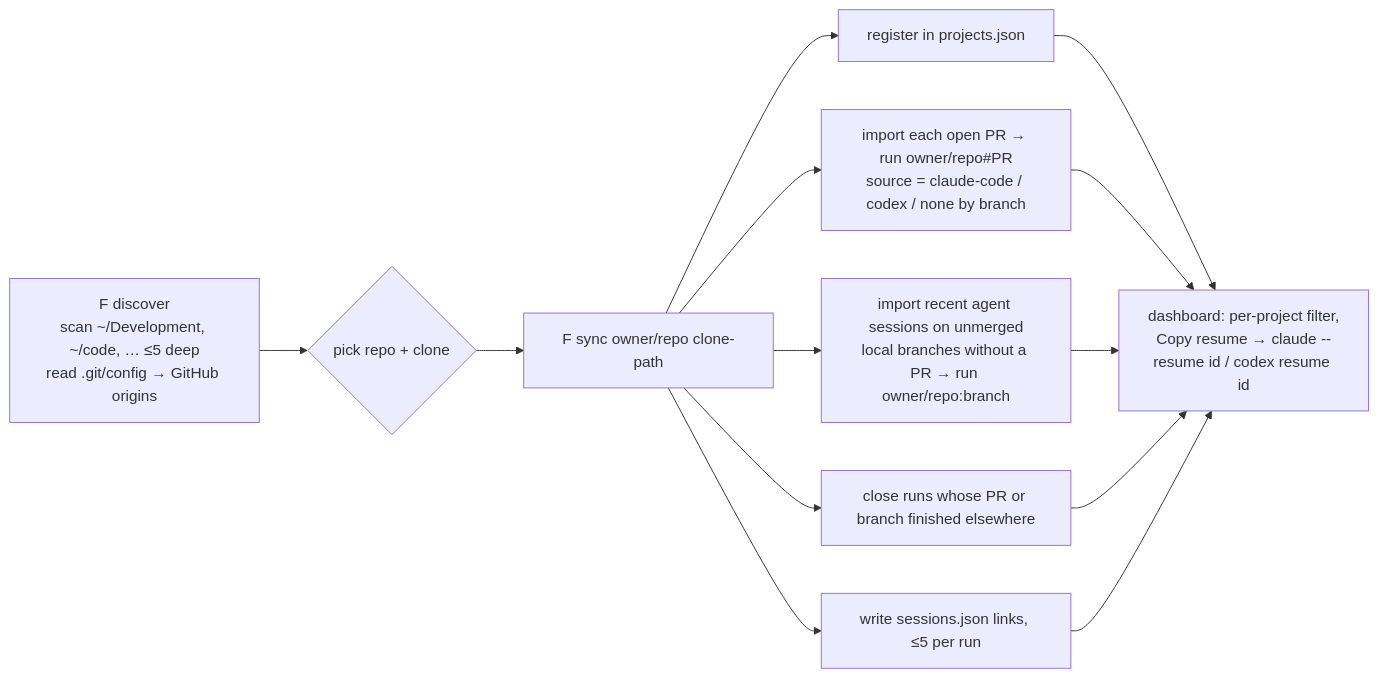
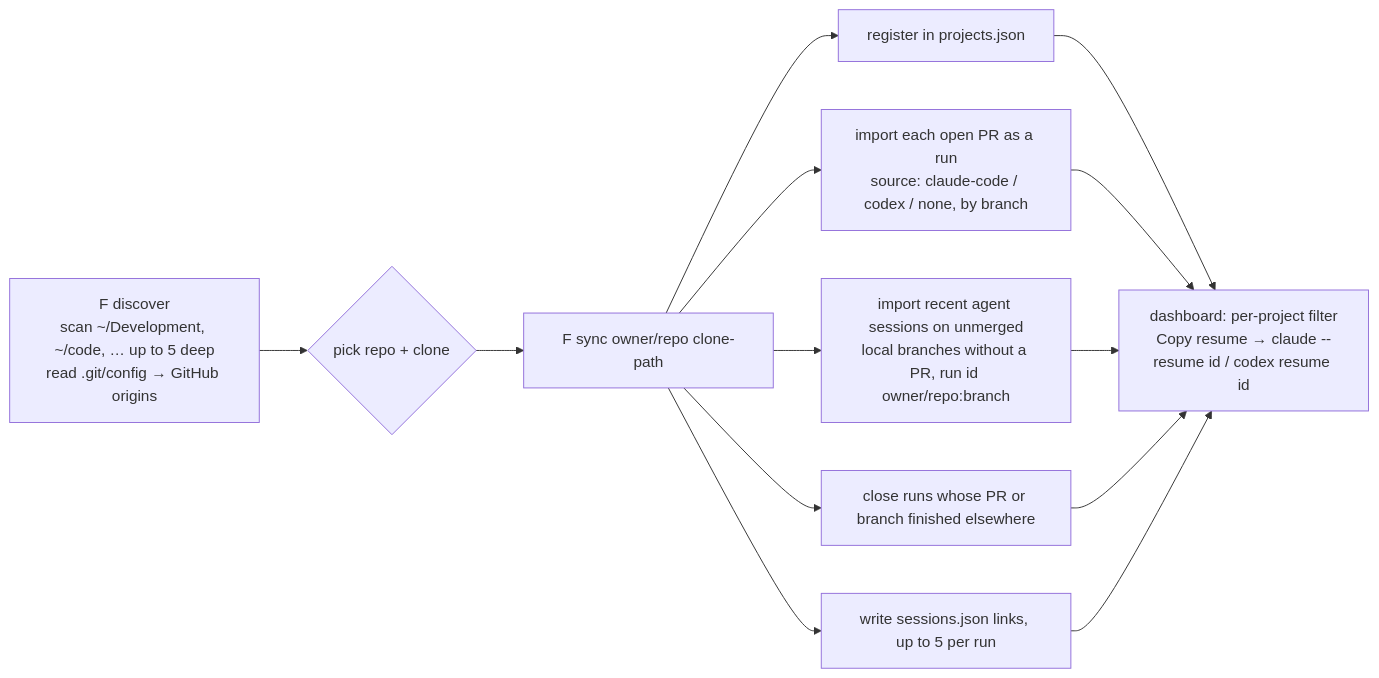
One commit to georgesimos/software-factory changed the second of 2 diagrams in docs/architecture.md. Above: the diagram before and after it, drawn with Mermaid. The commit also changed other lines of this file and 1 other file, not shown here.

Commit message:
docs: quote mermaid labels, list committed design-system folders, match dashboard sections

````diff
--- a/docs/architecture.md
+++ b/docs/architecture.md
@@ -301,11 +305,11 @@
 ```mermaid
 flowchart LR
-  D[F discover<br/>scan ~/Development, ~/code, … ≤5 deep<br/>read .git/config → GitHub origins] --> P{pick repo + clone}
-  P --> S[F sync owner/repo clone-path]
-  S --> S1[register in projects.json]
-  S --> S2[import each open PR → run owner/repo#PR<br/>source = claude-code / codex / none by branch]
-  S --> S3[import recent agent sessions on unmerged<br/>local branches without a PR → run owner/repo:branch]
-  S --> S4[close runs whose PR or branch finished elsewhere]
-  S --> S5[write sessions.json links, ≤5 per run]
-  S1 & S2 & S3 & S4 & S5 --> DB[dashboard: per-project filter,<br/>Copy resume → claude --resume id / codex resume id]
+  D["F discover<br/>scan ~/Development, ~/code, … up to 5 deep<br/>read .git/config → GitHub origins"] --> P{"pick repo + clone"}
+  P --> S["F sync owner/repo clone-path"]
+  S --> S1["register in projects.json"]
+  S --> S2["import each open PR as a run<br/>source: claude-code / codex / none, by branch"]
+  S --> S3["import recent agent sessions on unmerged<br/>local branches without a PR, run id owner/repo:branch"]
+  S --> S4["close runs whose PR or branch finished elsewhere"]
+  S --> S5["write sessions.json links, up to 5 per run"]
+  S1 & S2 & S3 & S4 & S5 --> DB["dashboard: per-project filter<br/>Copy resume → claude --resume id / codex resume id"]
 ```
````
